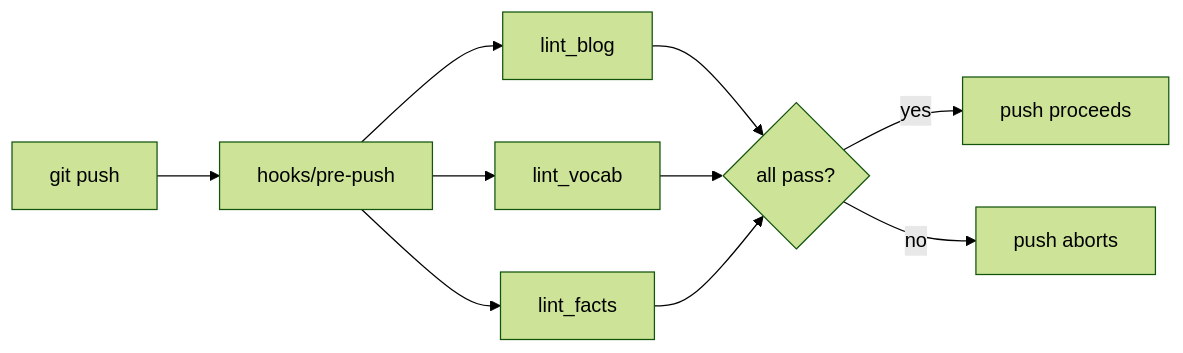
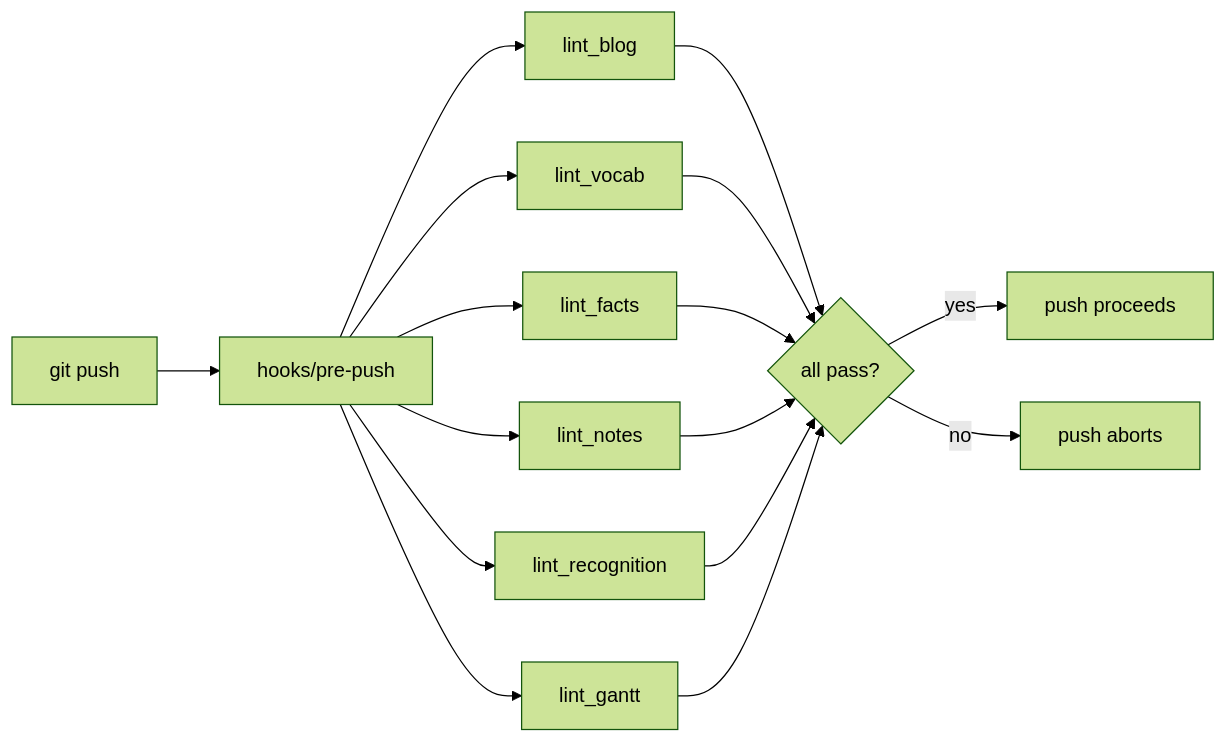
The third of 3 diagrams in src/content/blog/how-this-site-builds-itself.md (zaherkarp/zaherkarp.github.io), drawn with Mermaid (forest theme) before and after one commit. The commit also changed other lines of this file, not shown here.

````diff
--- a/src/content/blog/how-this-site-builds-itself.md
+++ b/src/content/blog/how-this-site-builds-itself.md
@@ -103,12 +190,18 @@
 ```mermaid
 flowchart LR
-    A[git push] --> B[hooks/pre-push]
+    A[git push] --> B["hooks/pre-push"]
     B --> C[lint_blog]
     B --> D[lint_vocab]
     B --> E[lint_facts]
+    B --> N[lint_notes]
+    B --> R[lint_recognition]
+    B --> G[lint_gantt]
     C --> F{all pass?}
     D --> F
     E --> F
-    F -->|yes| G[push proceeds]
-    F -->|no| H[push aborts]
+    N --> F
+    R --> F
+    G --> F
+    F -->|yes| P[push proceeds]
+    F -->|no| X[push aborts]
 ```
````
